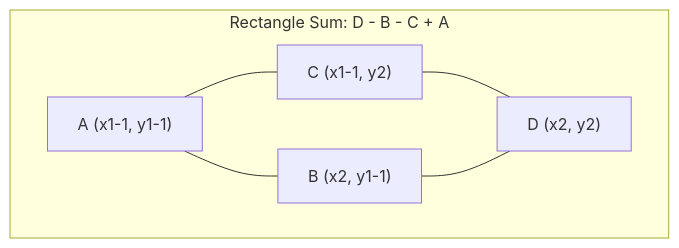
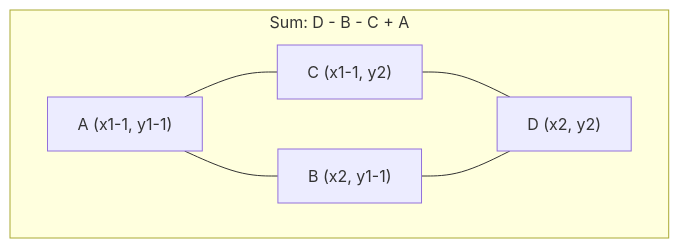
Before and after one commit to KCnote/KCnote.github.io: the diagram in _posts/2026-02-02-Integral Image.md, drawn with Mermaid.

Commit message:
Integral Image

````diff
--- a/_posts/2026-02-02-Integral Image.md
+++ b/_posts/2026-02-02-Integral Image.md
@@ -72,9 +72,9 @@
 ```mermaid
 flowchart TB
-  subgraph Rect["Rectangle Sum: D - B - C + A"]
+  subgraph Rect["Sum: D - B - C + A"]
     A["A (x1-1, y1-1)"] --- B["B (x2, y1-1)"]
     A --- C["C (x1-1, y2)"]
     C --- D["D (x2, y2)"]
     B --- D
   end
 ```
````
